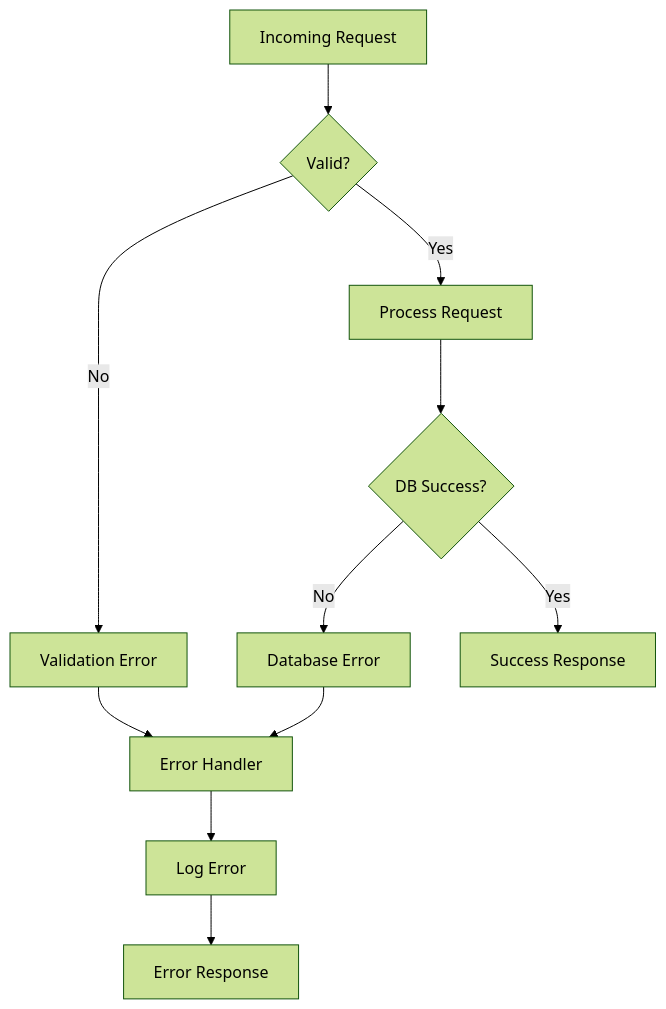
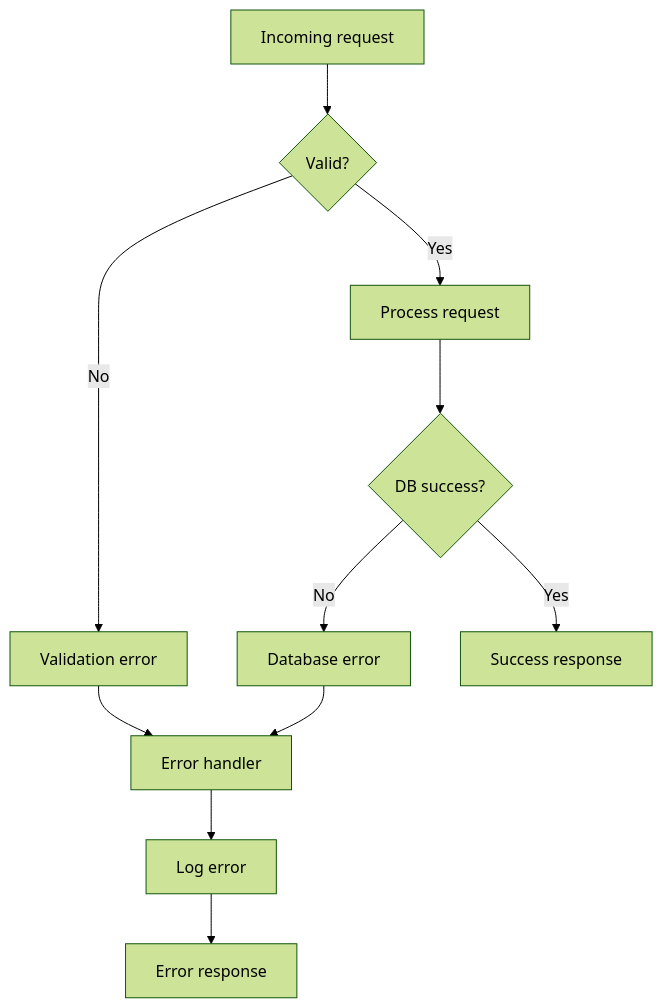
Before and after one commit to flatrick/agent-skills: the eighth of 19 diagrams in mastery-of-mermaid/references/common-patterns.md, drawn with Mermaid (forest theme). The commit also changed other lines of this file and 10 other files, not shown here.

````diff
--- a/mastery-of-mermaid/references/common-patterns.md
+++ b/mastery-of-mermaid/references/common-patterns.md
@@ -183,13 +227,13 @@
 ```mermaid
 flowchart TD
-    Request[Incoming Request] --> Validate{Valid?}
-    Validate -->|No| ValidationError[Validation Error]
-    ValidationError --> ErrorHandler[Error Handler]
-    Validate -->|Yes| Process[Process Request]
-    Process --> DB{DB Success?}
-    DB -->|No| DBError[Database Error]
+    Request[Incoming request] --> Validate{Valid?}
+    Validate -->|No| ValidationError[Validation error]
+    ValidationError --> ErrorHandler[Error handler]
+    Validate -->|Yes| Process[Process request]
+    Process --> DB{DB success?}
+    DB -->|No| DBError[Database error]
     DBError --> ErrorHandler
-    DB -->|Yes| Success[Success Response]
-    ErrorHandler --> LogError[Log Error]
-    LogError --> ErrorResponse[Error Response]
+    DB -->|Yes| Success[Success response]
+    ErrorHandler --> LogError[Log error]
+    LogError --> ErrorResponse[Error response]
 ```
````
